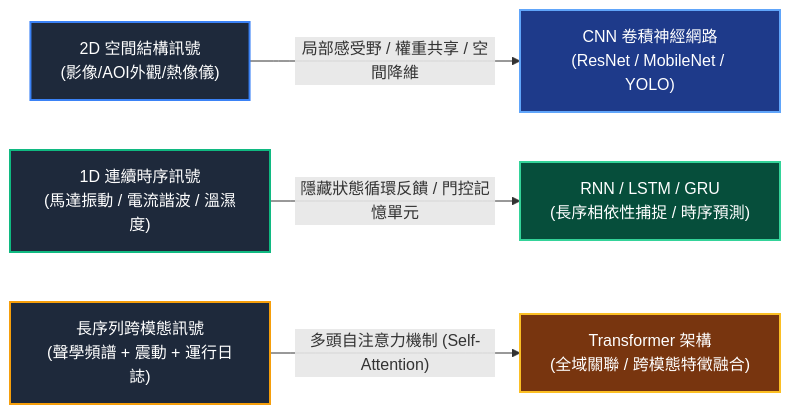
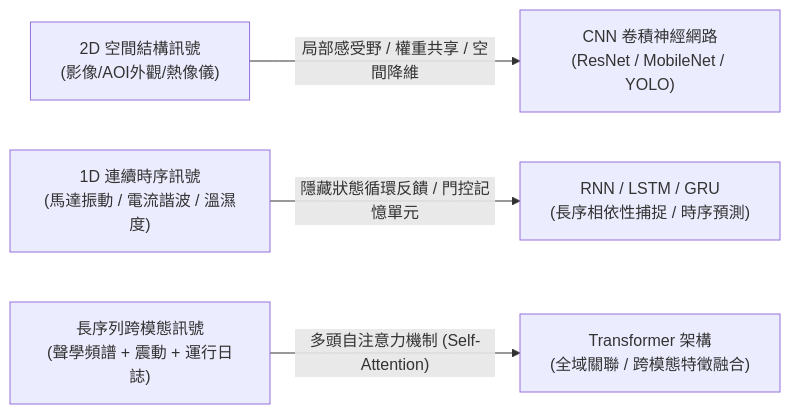
One commit to ta-lang/iPAS_Test changed the first of 3 diagrams in notes/aiot/s1_AIoT基礎概論/L111_AI基礎知識與應用.md. Above: the diagram before and after it, drawn with Mermaid. The commit also changed other lines of this file and 16 other files, not shown here.

Commit message:
fix(mermaid): remove hardcoded styles, add high-contrast theme CSS, and forbid color styling in SOP

````diff
--- a/notes/aiot/s1_AIoT基礎概論/L111_AI基礎知識與應用.md
+++ b/notes/aiot/s1_AIoT基礎概論/L111_AI基礎知識與應用.md
@@ -27,13 +27,7 @@
 ```mermaid
 flowchart LR
     A["2D 空間結構訊號<br>(影像/AOI外觀/熱像儀)"] -->|"局部感受野 / 權重共享 / 空間降維"| B["CNN 卷積神經網路<br>(ResNet / MobileNet / YOLO)"]
     C["1D 連續時序訊號<br>(馬達振動 / 電流諧波 / 溫濕度)"] -->|"隱藏狀態循環反饋 / 門控記憶單元"| D["RNN / LSTM / GRU<br>(長序相依性捕捉 / 時序預測)"]
     E["長序列跨模態訊號<br>(聲學頻譜 + 震動 + 運行日誌)"] -->|"多頭自注意力機制 (Self-Attention)"| F["Transformer 架構<br>(全域關聯 / 跨模態特徵融合)"]
 
-    style A fill:#1e293b,stroke:#3b82f6,stroke-width:2px,color:#fff
-    style B fill:#1e3a8a,stroke:#60a5fa,stroke-width:2px,color:#fff
-    style C fill:#1e293b,stroke:#10b981,stroke-width:2px,color:#fff
-    style D fill:#064e3b,stroke:#34d399,stroke-width:2px,color:#fff
-    style E fill:#1e293b,stroke:#f59e0b,stroke-width:2px,color:#fff
-    style F fill:#78350f,stroke:#fbbf24,stroke-width:2px,color:#fff
 ```
````
